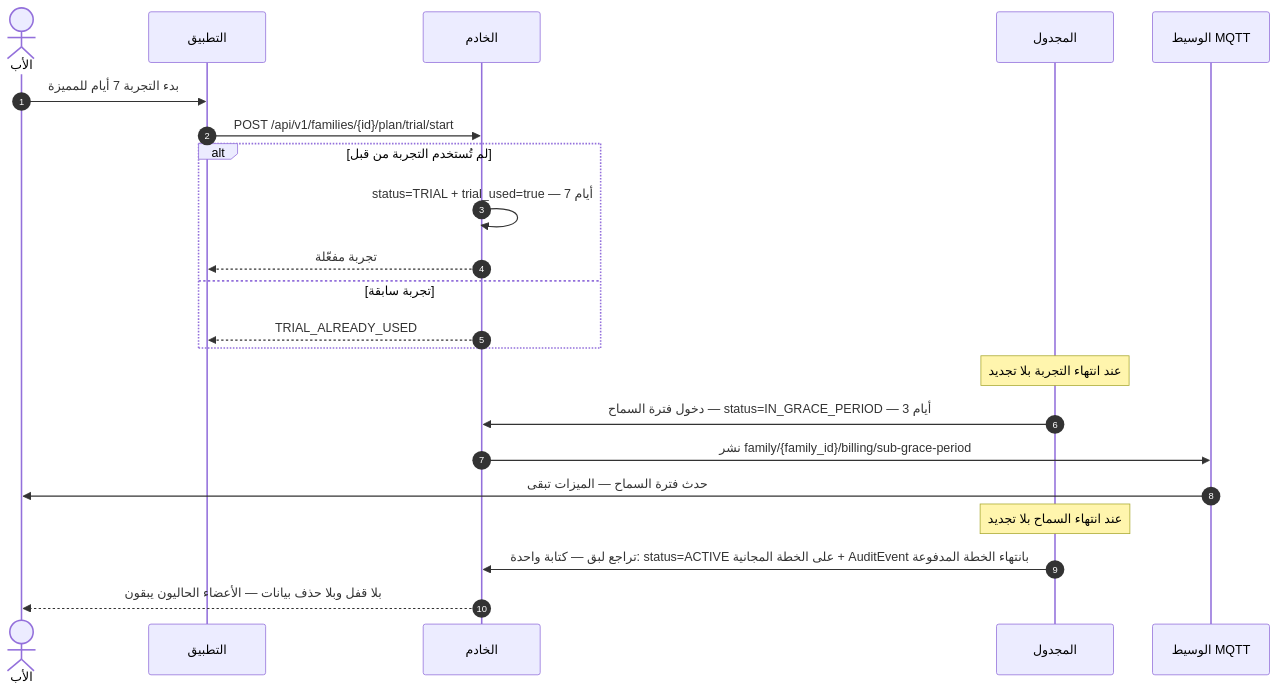
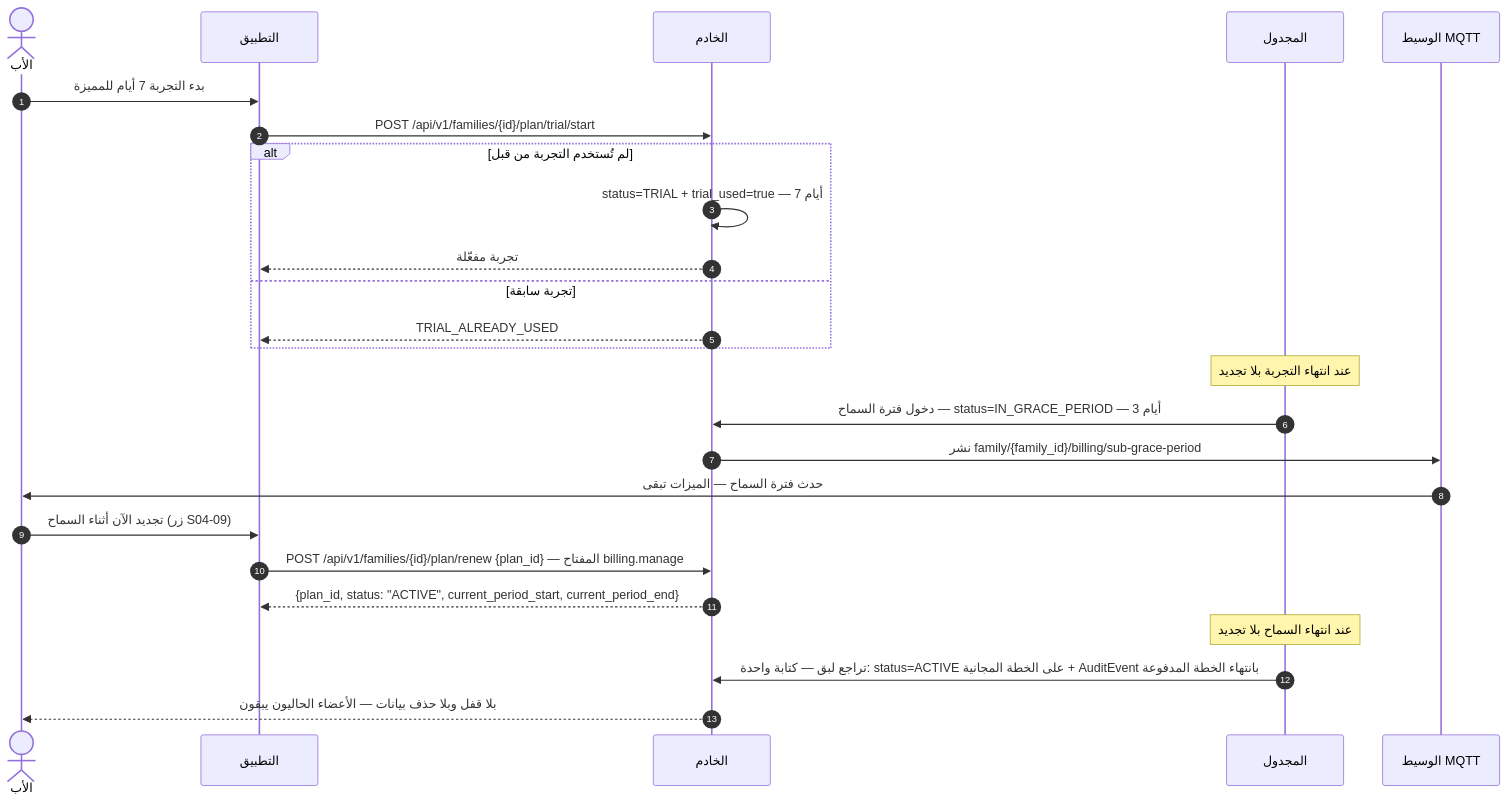
Before and after one commit to Bassam-mohammed-alqaeadi/family-os-v2: the sixth of 14 diagrams in docs/family-os/governance/phases/phase-1/S1-04-plans-and-subscriptions/DIAGRAMS.md, drawn with Mermaid. The commit also changed other lines of this file, not shown here.

Commit message:
S1-04 DIAGRAMS: إصلاحات D-2 — أسعار اليمن D-11 (Q-341/Q-342) + تعبئة 5.99/250 (Q-339/Q-340)؛ ميزانيات الذكاء D-10 + سقف $200 + مفتاح إيقاف المسؤول 3-ط (Q-335…Q-338)؛ وسم REQ-019؛ خطوة التجديد plan/renew في 3-د/§4؛ رسم نقاط §4 النثرية كحواف؛ ترويسة (إزالة تكرار Q-260)

````diff
--- a/docs/family-os/governance/phases/phase-1/S1-04-plans-and-subscriptions/DIAGRAMS.md
+++ b/docs/family-os/governance/phases/phase-1/S1-04-plans-and-subscriptions/DIAGRAMS.md
@@ -299,24 +299,27 @@
 ```mermaid
 sequenceDiagram
     autonumber
     actor Father as الأب
     participant App as التطبيق
     participant Ktor as الخادم
     participant Sched as المجدول
     participant Broker as الوسيط MQTT
     Father->>App: بدء التجربة 7 أيام للمميزة
     App->>Ktor: POST /api/v1/families/{id}/plan/trial/start
     alt لم تُستخدم التجربة من قبل
         Ktor->>Ktor: status=TRIAL + trial_used=true — 7 أيام
         Ktor-->>App: تجربة مفعّلة
     else تجربة سابقة
         Ktor-->>App: TRIAL_ALREADY_USED
     end
     Note over Sched: عند انتهاء التجربة بلا تجديد
     Sched->>Ktor: دخول فترة السماح — status=IN_GRACE_PERIOD — 3 أيام
     Ktor->>Broker: نشر family/{family_id}/billing/sub-grace-period
     Broker->>Father: حدث فترة السماح — الميزات تبقى
+    Father->>App: تجديد الآن أثناء السماح (زر S04-09)
+    App->>Ktor: POST /api/v1/families/{id}/plan/renew {plan_id} — المفتاح billing.manage
+    Ktor-->>App: {plan_id, status: "ACTIVE", current_period_start, current_period_end}
     Note over Sched: عند انتهاء السماح بلا تجديد
     Sched->>Ktor: تراجع لبق — كتابة واحدة: status=ACTIVE على الخطة المجانية + AuditEvent بانتهاء الخطة المدفوعة
     Ktor-->>Father: بلا قفل وبلا حذف بيانات — الأعضاء الحاليون يبقون
 ```
````
